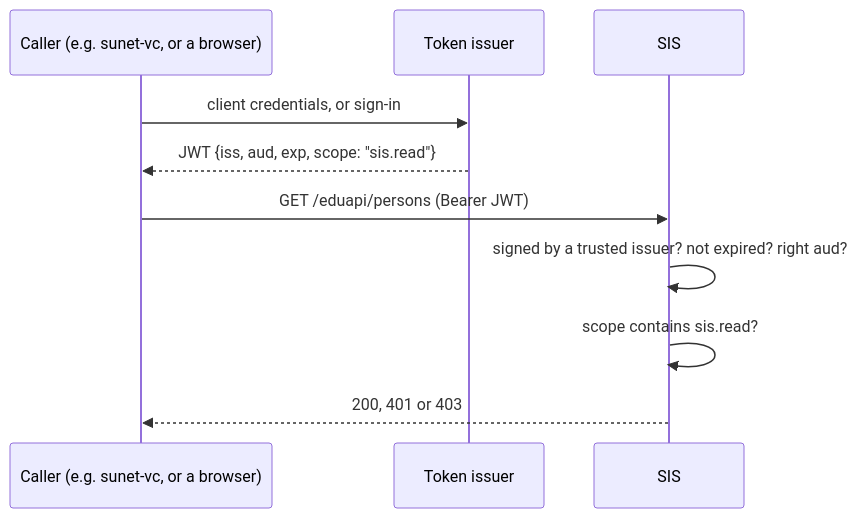
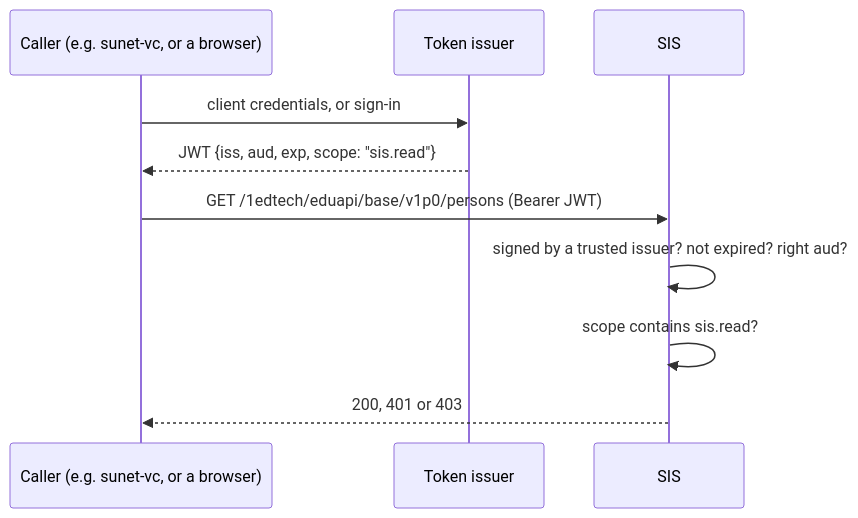
One commit to masv3971/sis changed the diagram in README.md. Above: the diagram before and after it, drawn with Mermaid. The commit also changed other lines of this file and 27 other files, not shown here.

````diff
--- a/README.md
+++ b/README.md
@@ -105,12 +105,12 @@
 ```mermaid
 sequenceDiagram
     participant C as Caller (e.g. sunet-vc, or a browser)
     participant I as Token issuer
     participant S as SIS
     C->>I: client credentials, or sign-in
     I-->>C: JWT {iss, aud, exp, scope: "sis.read"}
-    C->>S: GET /eduapi/persons (Bearer JWT)
+    C->>S: GET /1edtech/eduapi/base/v1p0/persons (Bearer JWT)
     S->>S: signed by a trusted issuer? not expired? right aud?
     S->>S: scope contains sis.read?
     S-->>C: 200, 401 or 403
 ```
````
